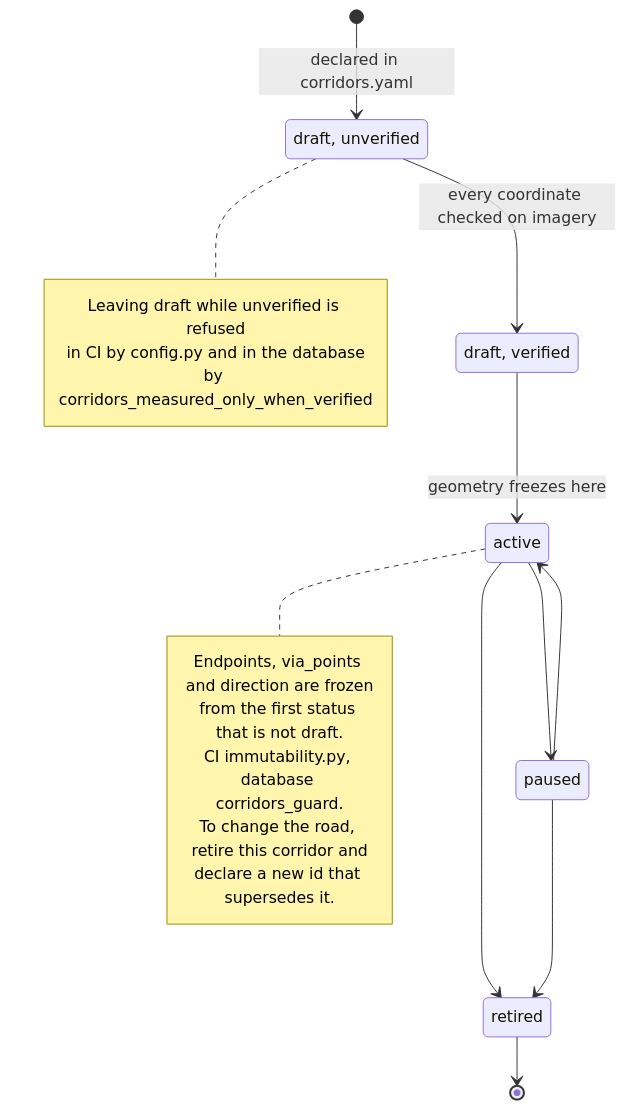
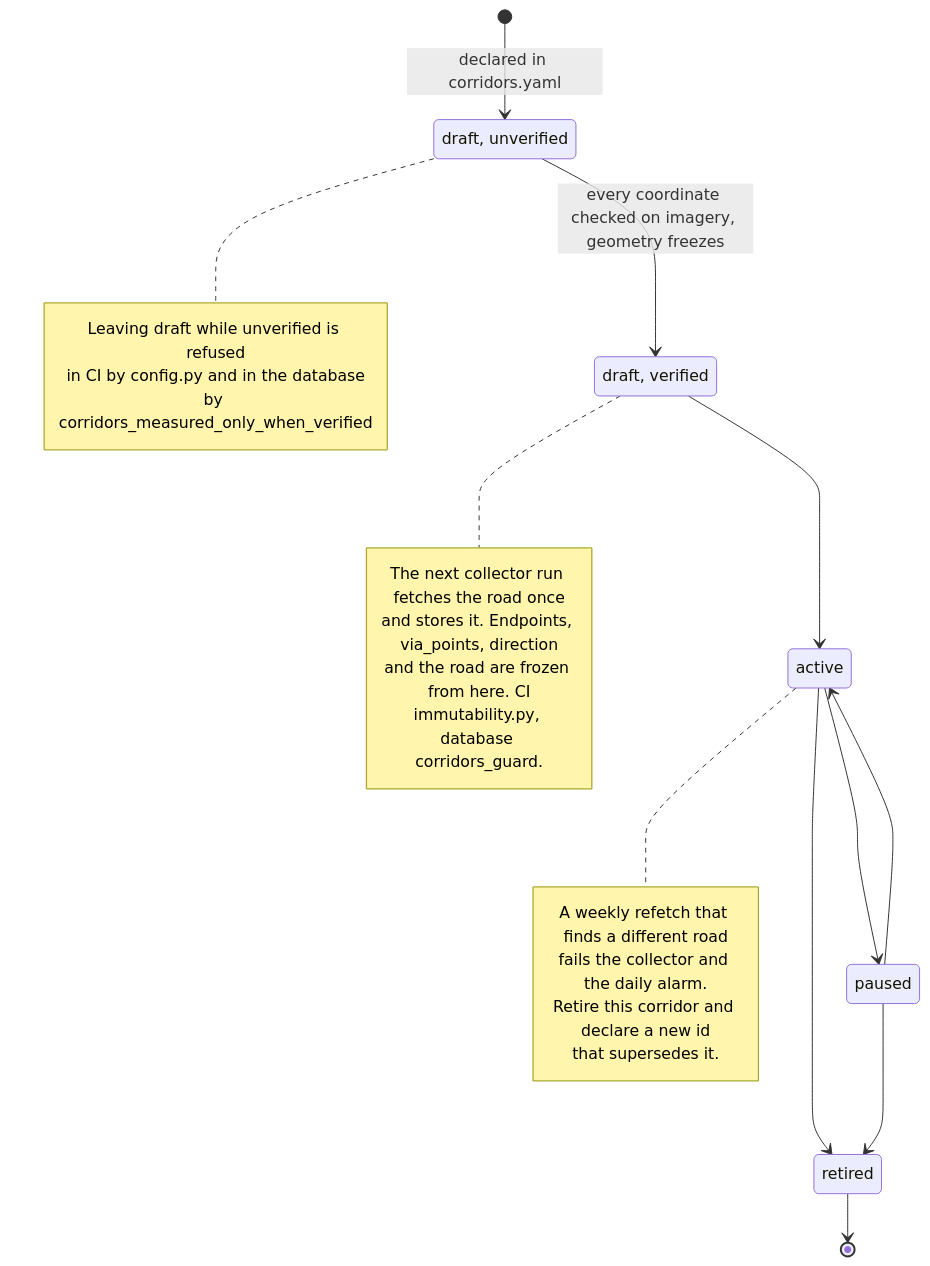
Before and after one commit to smatt92/hyderabad-corridor-ledger: the sixth of 13 diagrams in docs/architecture.md, drawn with Mermaid. The commit also changed other lines of this file and 1 other file, not shown here.

````diff
--- a/docs/architecture.md
+++ b/docs/architecture.md
@@ -372,25 +398,30 @@
 ```mermaid
 stateDiagram-v2
     state "draft, unverified" as draft_unverified
     state "draft, verified" as draft_verified
     [*] --> draft_unverified : declared in corridors.yaml
-    draft_unverified --> draft_verified : every coordinate checked on imagery
-    draft_verified --> active : geometry freezes here
+    draft_unverified --> draft_verified : every coordinate checked on imagery, geometry freezes
+    draft_verified --> active
     active --> paused
     paused --> active
     active --> retired
     paused --> retired
     retired --> [*]
     note right of draft_unverified
         Leaving draft while unverified is refused
         in CI by config.py and in the database
         by corridors_measured_only_when_verified
     end note
+    note right of draft_verified
+        The next collector run fetches the road once
+        and stores it. Endpoints, via_points, direction
+        and the road are frozen from here. CI
+        immutability.py, database corridors_guard.
+    end note
     note right of active
-        Endpoints, via_points and direction are frozen
-        from the first status that is not draft.
-        CI immutability.py, database corridors_guard.
-        To change the road, retire this corridor and
-        declare a new id that supersedes it.
+        A weekly refetch that finds a different road
+        fails the collector and the daily alarm.
+        Retire this corridor and declare a new id
+        that supersedes it.
     end note
 ```
````
